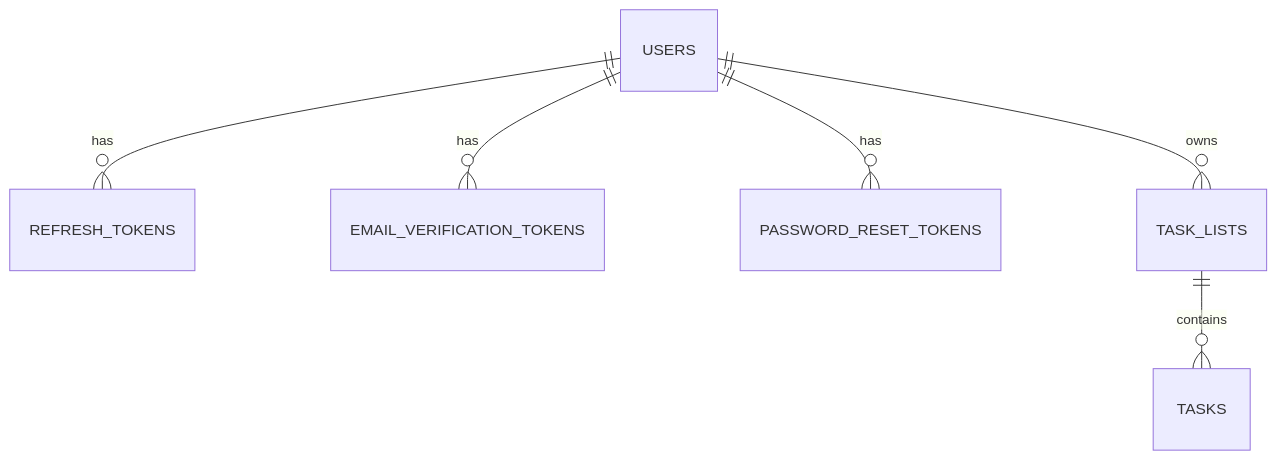
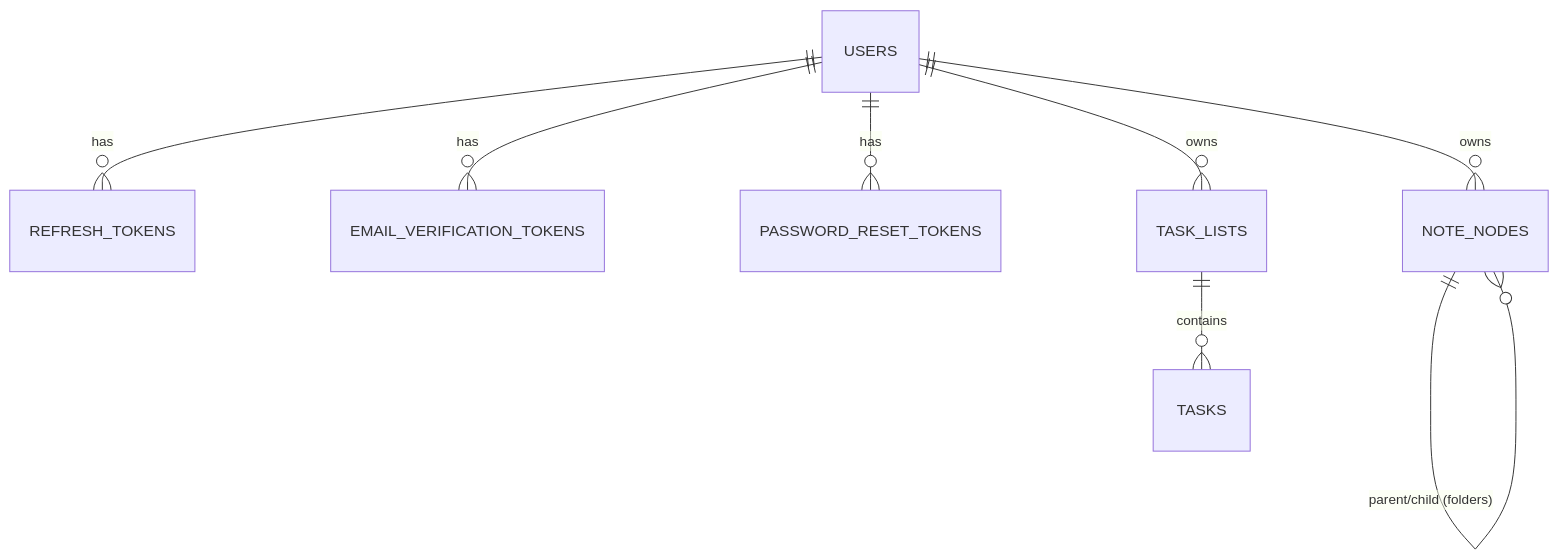
One commit to KevinMorenoDOD/PRY-NoNotion changed the diagram in database/README.md. Above: the diagram before and after it, drawn with Mermaid. The commit also changed other lines of this file and 67 other files, not shown here.

````diff
--- a/database/README.md
+++ b/database/README.md
@@ -113,8 +121,10 @@
 ```mermaid
 erDiagram
     USERS ||--o{ REFRESH_TOKENS : has
     USERS ||--o{ EMAIL_VERIFICATION_TOKENS : has
     USERS ||--o{ PASSWORD_RESET_TOKENS : has
     USERS ||--o{ TASK_LISTS : owns
     TASK_LISTS ||--o{ TASKS : contains
+    USERS ||--o{ NOTE_NODES : owns
+    NOTE_NODES ||--o{ NOTE_NODES : "parent/child (folders)"
 ```
````
